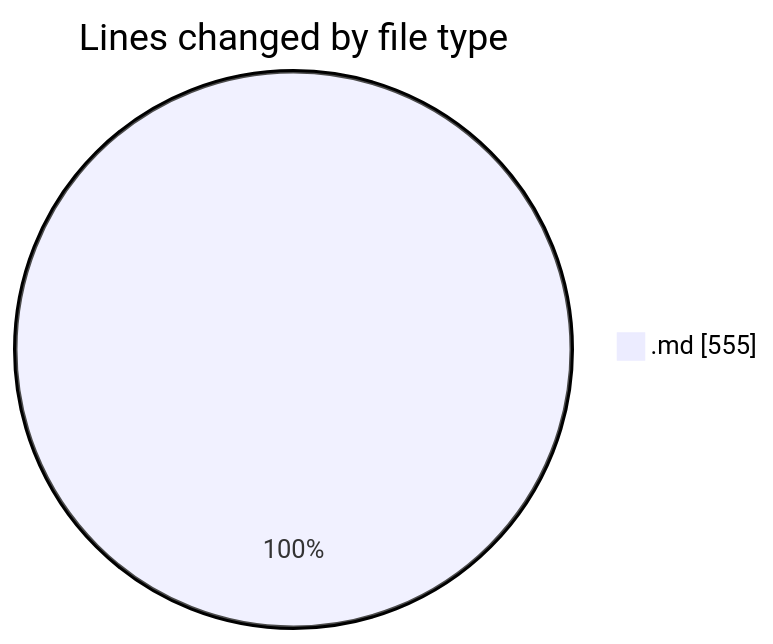
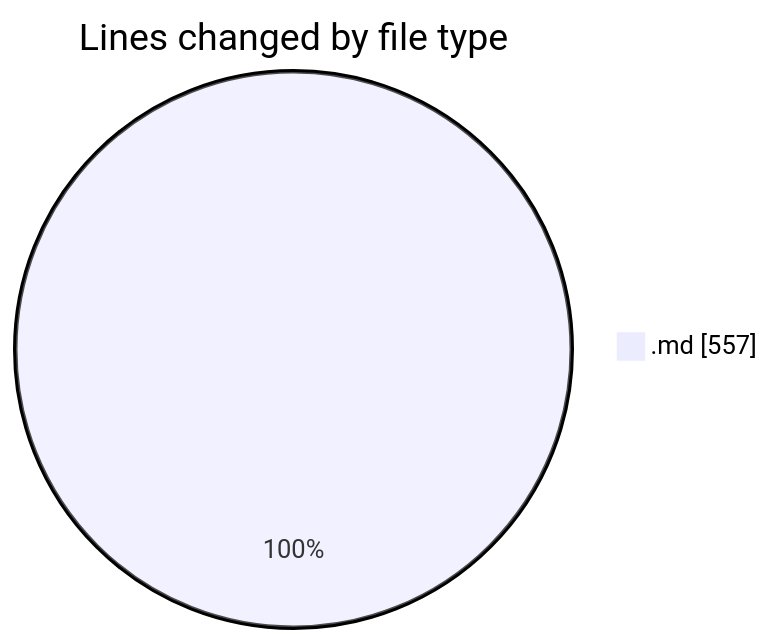
One commit to Ritupan-Deka/code-tracking changed the first of 2 diagrams in 2025-07-14/urlwebwala_intership_work/README.md. Above: the diagram before and after it, drawn with Mermaid. The commit also changed other lines of this file and 1 other file, not shown here.

````diff
--- a/2025-07-14/urlwebwala_intership_work/README.md
+++ b/2025-07-14/urlwebwala_intership_work/README.md
@@ -20,5 +20,5 @@
 ```mermaid
 pie showData
 title Lines changed by file type
-".md" : 555
+".md" : 557
 ```
````
